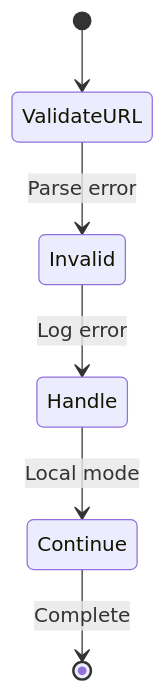
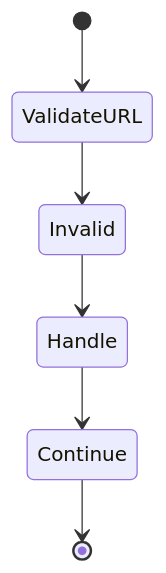
Before and after one commit to wisrovi/wpipe: the fourth of 5 diagrams in examples/api_pipeline/18_invalid_url/README.md, drawn with Mermaid. The commit also changed other lines of this file and 8 other files, not shown here.

First line of the commit message:
Fix README files: English text and Mermaid diagrams

````diff
--- a/examples/api_pipeline/18_invalid_url/README.md
+++ b/examples/api_pipeline/18_invalid_url/README.md
@@ -51,8 +55,8 @@
 ```mermaid
 stateDiagram-v2
     [*] --> ValidateURL
-    ValidateURL --> Invalid: Parse error
-    Invalid --> Handle: Log error
-    Handle --> Continue: Local mode
-    Continue --> [*]: Complete
+    ValidateURL --> Invalid
+    Invalid --> Handle
+    Handle --> Continue
+    Continue --> [*]
 ```
````
